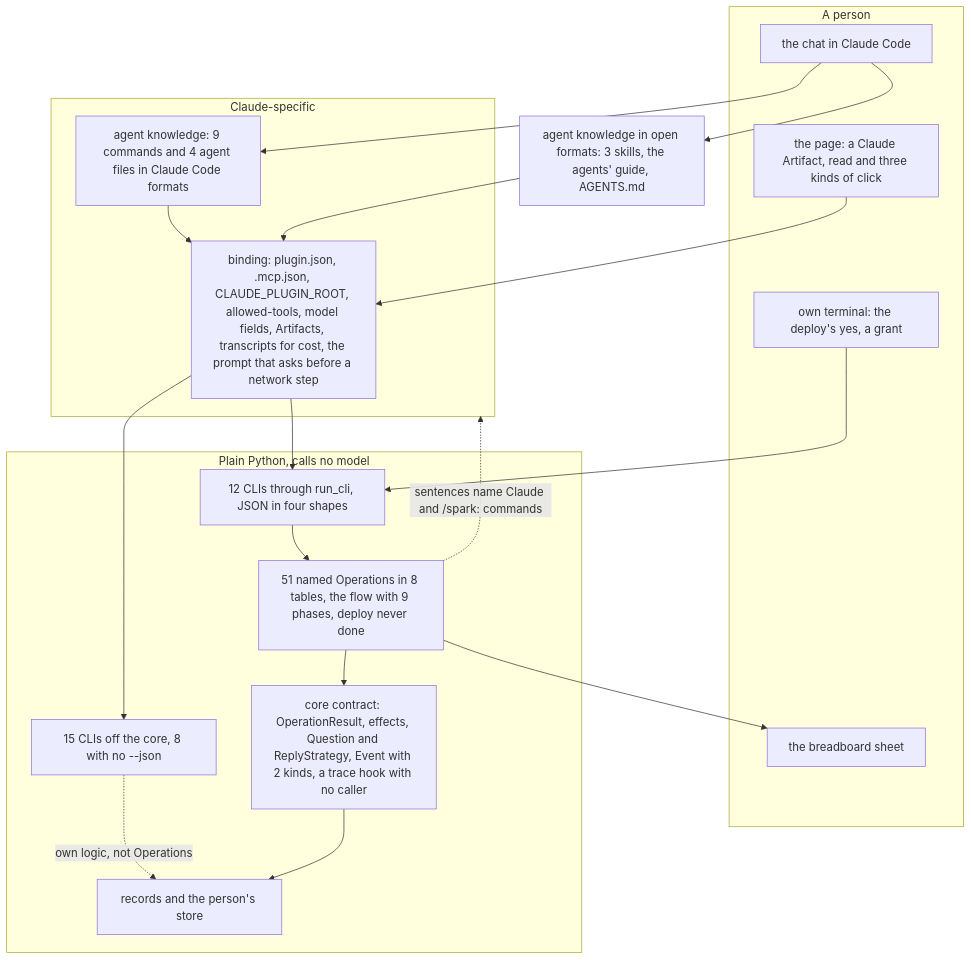
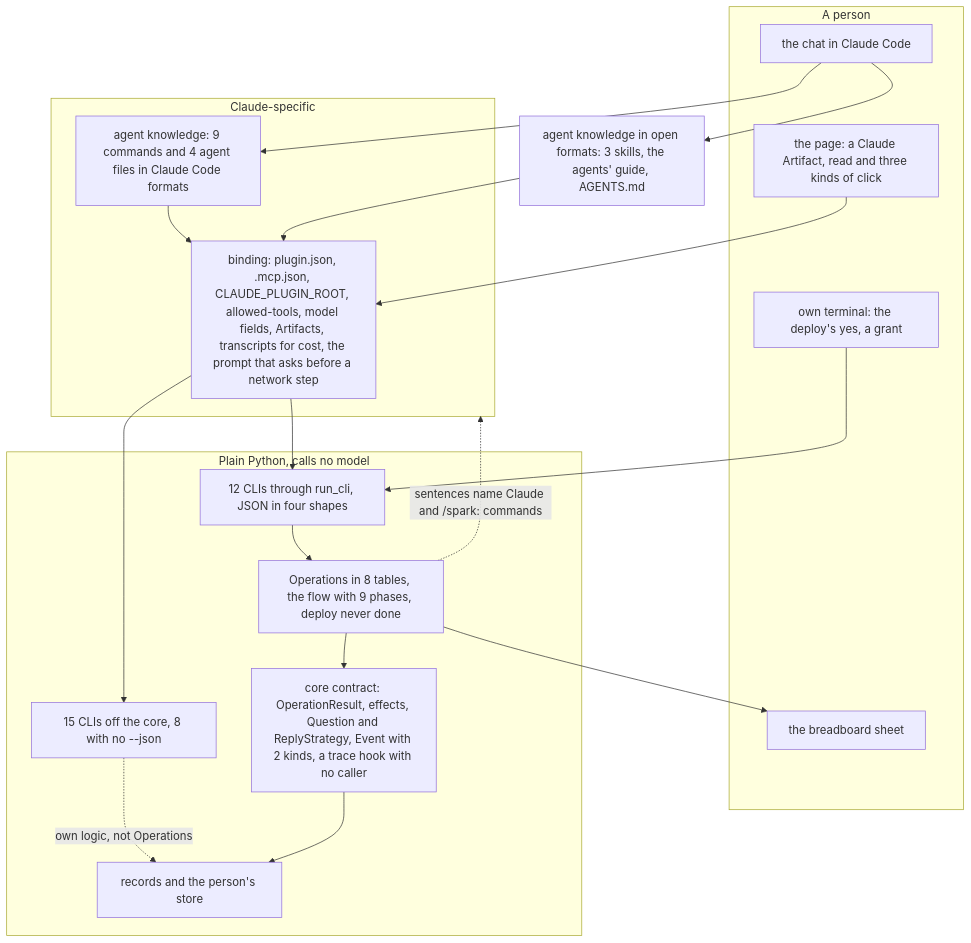
The first of 3 diagrams in docs/discovery/2026-11-23-p1039-rd-direction/direction.md (xmejkal/spark), drawn with Mermaid before and after one commit. The commit also changed other lines of this file and 11 other files, not shown here.

````diff
--- a/docs/discovery/2026-11-23-p1039-rd-direction/direction.md
+++ b/docs/discovery/2026-11-23-p1039-rd-direction/direction.md
@@ -38,34 +38,34 @@
 ```mermaid
 flowchart TB
   subgraph person["A person"]
     chat["the chat in Claude Code"]
     page["the page: a Claude Artifact, read and three kinds of click"]
     term["own terminal: the deploy's yes, a grant"]
     sheet["the breadboard sheet"]
   end
   subgraph claude["Claude-specific"]
     bind["binding: plugin.json, .mcp.json, CLAUDE_PLUGIN_ROOT, allowed-tools, model fields, Artifacts, transcripts for cost, the prompt that asks before a network step"]
     know["agent knowledge: 9 commands and 4 agent files in Claude Code formats"]
   end
   open["agent knowledge in open formats: 3 skills, the agents' guide, AGENTS.md"]
   subgraph neutral["Plain Python, calls no model"]
     cli12["12 CLIs through run_cli, JSON in four shapes"]
     cli15["15 CLIs off the core, 8 with no --json"]
-    ops["51 named Operations in 8 tables, the flow with 9 phases, deploy never done"]
+    ops["Operations in 8 tables, the flow with 9 phases, deploy never done"]
     core["core contract: OperationResult, effects, Question and ReplyStrategy, Event with 2 kinds, a trace hook with no caller"]
     store["records and the person's store"]
   end
   chat --> know
   chat --> open
   know --> bind
   open --> bind
   bind --> cli12
   bind --> cli15
   page --> bind
   term --> cli12
   cli12 --> ops
   cli15 -. "own logic, not Operations" .-> store
   ops --> core --> store
   ops --> sheet
   ops -. "sentences name Claude and /spark: commands" .-> claude
 ```
````
